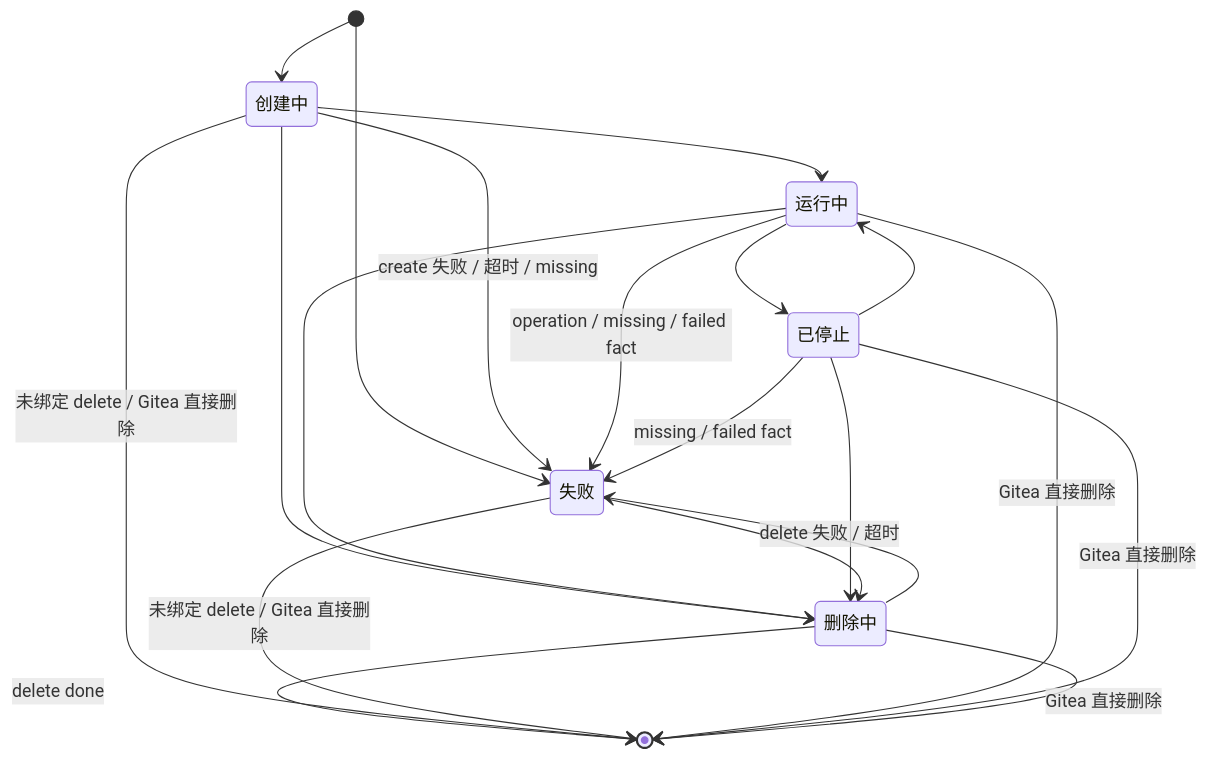
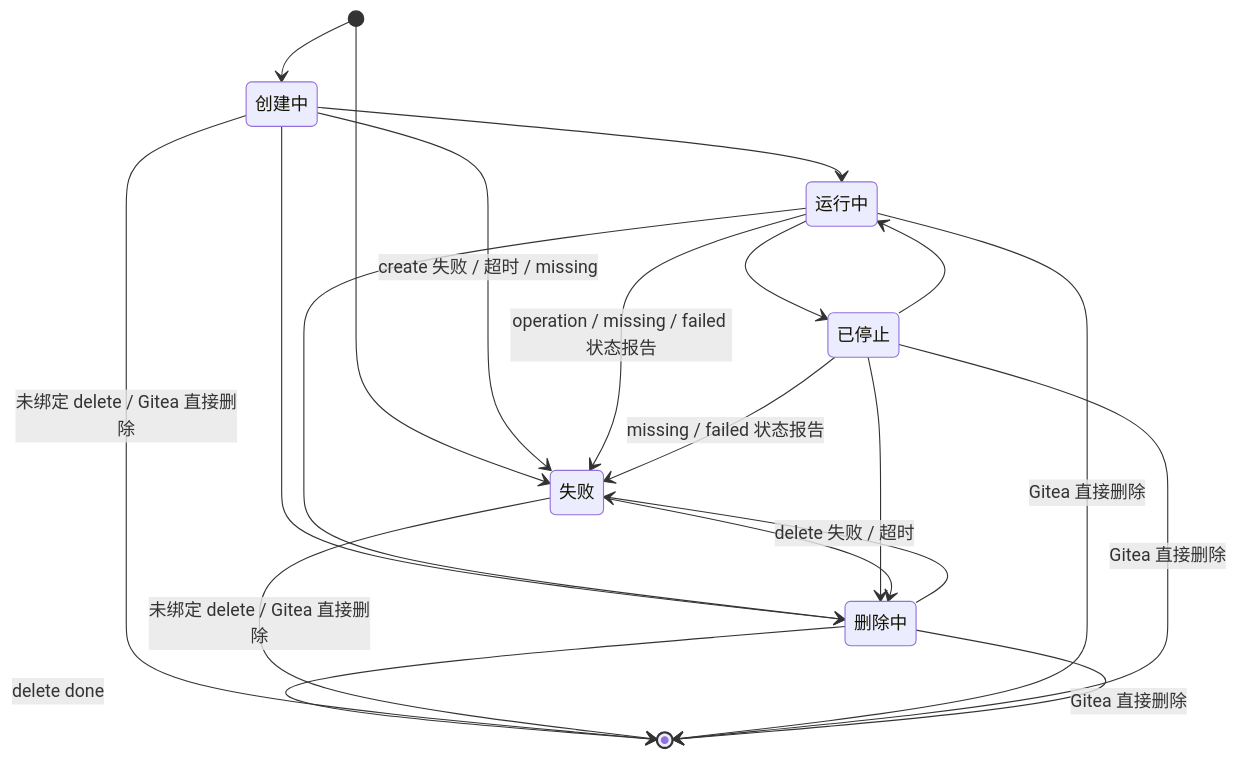
Before and after one commit to ExplodingDragon/gitea-dev: the first of 4 diagrams in src/state-machine.md, drawn with Mermaid. The commit also changed other lines of this file and 10 other files, not shown here.

````diff
--- a/src/state-machine.md
+++ b/src/state-machine.md
@@ -42,30 +42,30 @@
 ```mermaid
 stateDiagram-v2
     direction TB
 
     creating: 创建中
     running: 运行中
     stopped: 已停止
     deleting: 删除中
     failed: 失败
 
     [*] --> creating
     [*] --> failed
     creating --> running
     creating --> failed: create 失败 / 超时 / missing
     running --> stopped
-    running --> failed: operation / missing / failed fact
+    running --> failed: operation / missing / failed 状态报告
     stopped --> running
-    stopped --> failed: missing / failed fact
+    stopped --> failed: missing / failed 状态报告
     creating --> deleting
     running --> deleting
     stopped --> deleting
     failed --> deleting
     deleting --> [*]: delete done
     deleting --> failed: delete 失败 / 超时
     creating --> [*]: 未绑定 delete / Gitea 直接删除
     failed --> [*]: 未绑定 delete / Gitea 直接删除
     running --> [*]: Gitea 直接删除
     stopped --> [*]: Gitea 直接删除
     deleting --> [*]: Gitea 直接删除
 ```
````
